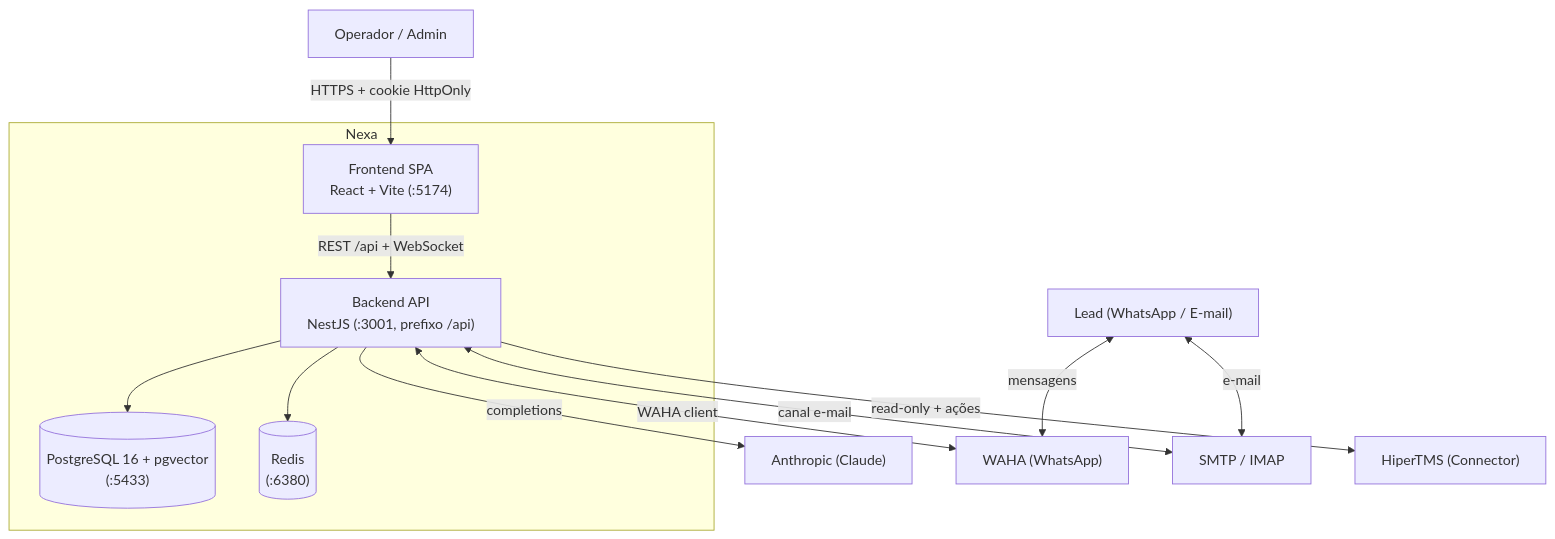
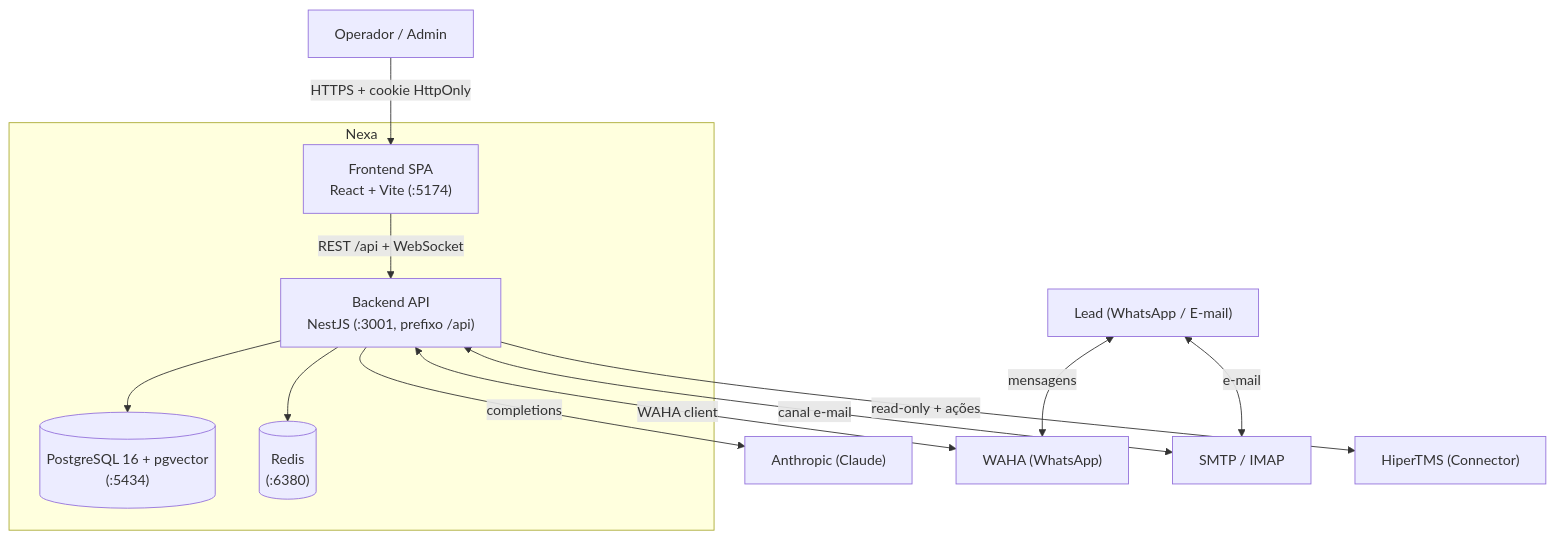
Before and after one commit to abel398group-oss/nexa: the diagram in docs/architecture/c4-container.md, drawn with Mermaid. The commit also changed other lines of this file and 10 other files, not shown here.

````diff
--- a/docs/architecture/c4-container.md
+++ b/docs/architecture/c4-container.md
@@ -8,29 +8,29 @@
 ```mermaid
 graph TB
   operador["Operador / Admin"]
   lead["Lead (WhatsApp / E-mail)"]
 
   subgraph nexa["Nexa"]
     frontend["Frontend SPA<br/>React + Vite (:5174)"]
     backend["Backend API<br/>NestJS (:3001, prefixo /api)"]
-    db[("PostgreSQL 16 + pgvector<br/>(:5433)")]
+    db[("PostgreSQL 16 + pgvector<br/>(:5434)")]
     redis[("Redis<br/>(:6380)")]
   end
 
   anthropic["Anthropic (Claude)"]
   waha["WAHA (WhatsApp)"]
   email["SMTP / IMAP"]
   hipertms["HiperTMS (Connector)"]
 
   operador -->|HTTPS + cookie HttpOnly| frontend
   frontend -->|REST /api + WebSocket| backend
   lead <-->|mensagens| waha
   lead <-->|e-mail| email
 
   backend --> db
   backend --> redis
   backend -->|completions| anthropic
   backend <-->|WAHA client| waha
   backend <-->|canal e-mail| email
   backend -->|read-only + ações| hipertms
 ```
````
